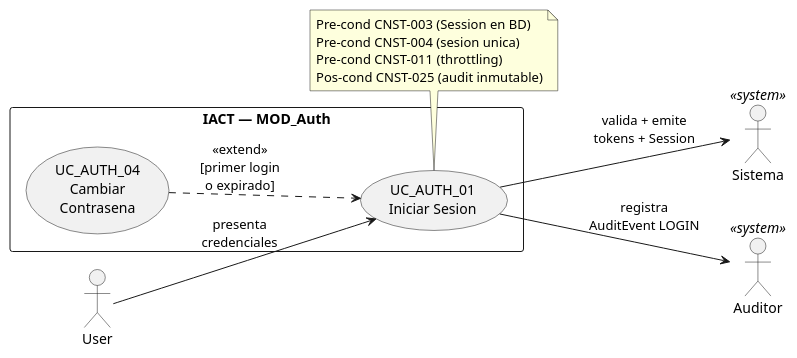
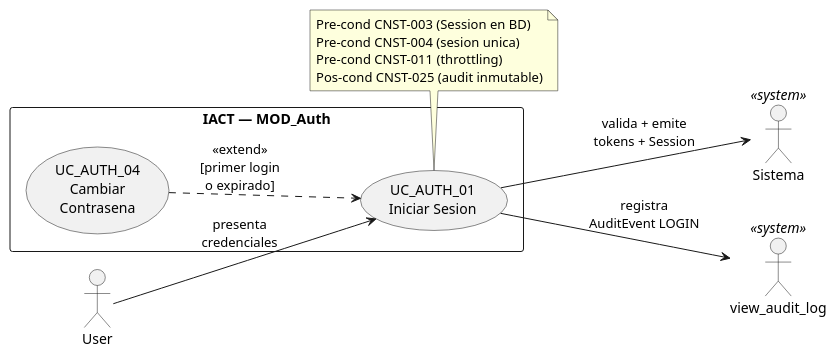
The first of 4 diagrams in source/requisitos/casos-uso/auth/uc-auth-01/diagramas-uml.rst (jcg-admin/IACT-docs), drawn with PlantUML before and after one commit. The commit also changed 157 other files, not shown here.

First line of the commit message:
Enforce catalog function names across all diagrams

```diff
--- a/source/requisitos/casos-uso/auth/uc-auth-01/diagramas-uml.rst
+++ b/source/requisitos/casos-uso/auth/uc-auth-01/diagramas-uml.rst
@@ -26,30 +26,30 @@
 .. uml::
  :caption: UC_AUTH_01 — diagrama de caso de uso
 
  @startuml
 
  left to right direction
 
  actor "User"                   as U
  actor "Sistema"                 as S <<system>>
- actor "Auditor"                 as A <<system>>
+ actor "view_audit_log"                 as A <<system>>
 
  rectangle "IACT — MOD_Auth" {
    usecase "UC_AUTH_01\nIniciar Sesion" as UC01
    usecase "UC_AUTH_04\nCambiar\nContrasena"  as UC04
  }
 
  U  --> UC01 : presenta\ncredenciales
  UC01 --> S  : valida + emite\ntokens + Session
  UC01 --> A  : registra\nAuditEvent LOGIN
 
  UC04 ..> UC01 : <<extend>>\n[primer login\no expirado]
 
  note bottom of UC01
    Pre-cond CNST-003 (Session en BD)
    Pre-cond CNST-004 (sesion unica)
    Pre-cond CNST-011 (throttling)
    Pos-cond CNST-025 (audit inmutable)
  end note
 
  @enduml
```
